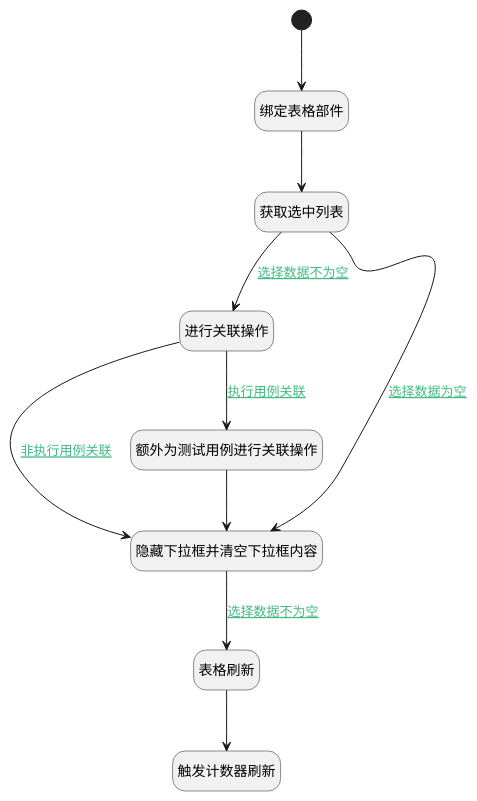
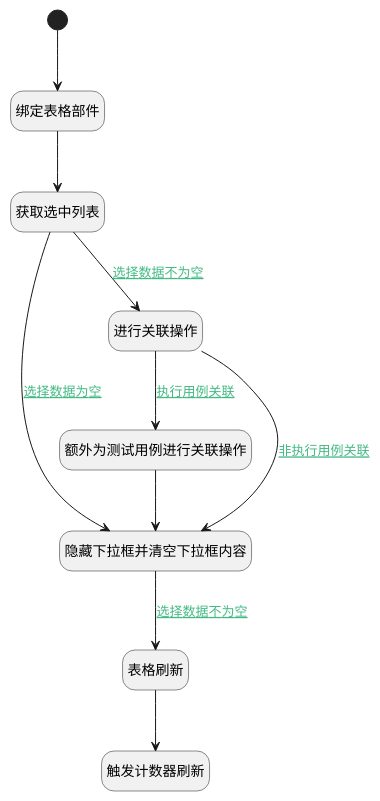
The diagram in doc/docsify/module/ProjMgmt/work_item/uilogic/run_relation_work_item_bug.md (iBizLab/plm), drawn with PlantUML before and after one commit. The commit also changed other lines of this file and 1473 other files, not shown here.

````diff
--- a/doc/docsify/module/ProjMgmt/work_item/uilogic/run_relation_work_item_bug.md
+++ b/doc/docsify/module/ProjMgmt/work_item/uilogic/run_relation_work_item_bug.md
@@ -7,33 +7,33 @@
 ```plantuml
 @startuml
 hide footbox
 <style>
 root {
   HyperlinkColor #42b983
 }
 </style>
 
 hide empty description
 state "开始" as Begin <<start>> [[$./run_relation_work_item_bug#begin {开始}]]
+state "额外为测试用例进行关联操作" as DEACTION2  [[$./run_relation_work_item_bug#deaction2 {额外为测试用例进行关联操作}]]
+state "隐藏下拉框并清空下拉框内容" as RAWJSCODE1  [[$./run_relation_work_item_bug#rawjscode1 {隐藏下拉框并清空下拉框内容}]]
+state "绑定表格部件" as PREPAREJSPARAM1  [[$./run_relation_work_item_bug#preparejsparam1 {绑定表格部件}]]
+state "表格刷新" as VIEWCTRLINVOKE1  [[$./run_relation_work_item_bug#viewctrlinvoke1 {表格刷新}]]
+state "触发计数器刷新" as RAWJSCODE3  [[$./run_relation_work_item_bug#rawjscode3 {触发计数器刷新}]]
 state "进行关联操作" as DEACTION1  [[$./run_relation_work_item_bug#deaction1 {进行关联操作}]]
 state "获取选中列表" as RAWJSCODE2  [[$./run_relation_work_item_bug#rawjscode2 {获取选中列表}]]
-state "触发计数器刷新" as RAWJSCODE3  [[$./run_relation_work_item_bug#rawjscode3 {触发计数器刷新}]]
-state "隐藏下拉框并清空下拉框内容" as RAWJSCODE1  [[$./run_relation_work_item_bug#rawjscode1 {隐藏下拉框并清空下拉框内容}]]
-state "绑定表格部件" as PREPAREJSPARAM1  [[$./run_relation_work_item_bug#preparejsparam1 {绑定表格部件}]]
-state "额外为测试用例进行关联操作" as DEACTION2  [[$./run_relation_work_item_bug#deaction2 {额外为测试用例进行关联操作}]]
-state "表格刷新" as VIEWCTRLINVOKE1  [[$./run_relation_work_item_bug#viewctrlinvoke1 {表格刷新}]]
 
 
 Begin --> PREPAREJSPARAM1
 PREPAREJSPARAM1 --> RAWJSCODE2
 RAWJSCODE2 --> DEACTION1 : [[$./run_relation_work_item_bug#rawjscode2-deaction1{选择数据不为空} 选择数据不为空]]
 DEACTION1 --> RAWJSCODE1 : [[$./run_relation_work_item_bug#deaction1-rawjscode1{非执行用例关联} 非执行用例关联]]
 RAWJSCODE1 --> VIEWCTRLINVOKE1 : [[$./run_relation_work_item_bug#rawjscode1-viewctrlinvoke1{选择数据不为空} 选择数据不为空]]
 VIEWCTRLINVOKE1 --> RAWJSCODE3
 DEACTION1 --> DEACTION2 : [[$./run_relation_work_item_bug#deaction1-deaction2{执行用例关联} 执行用例关联]]
 DEACTION2 --> RAWJSCODE1
 RAWJSCODE2 --> RAWJSCODE1 : [[$./run_relation_work_item_bug#rawjscode2-rawjscode1{选择数据为空} 选择数据为空]]
 
 
 @enduml
 ```
````
